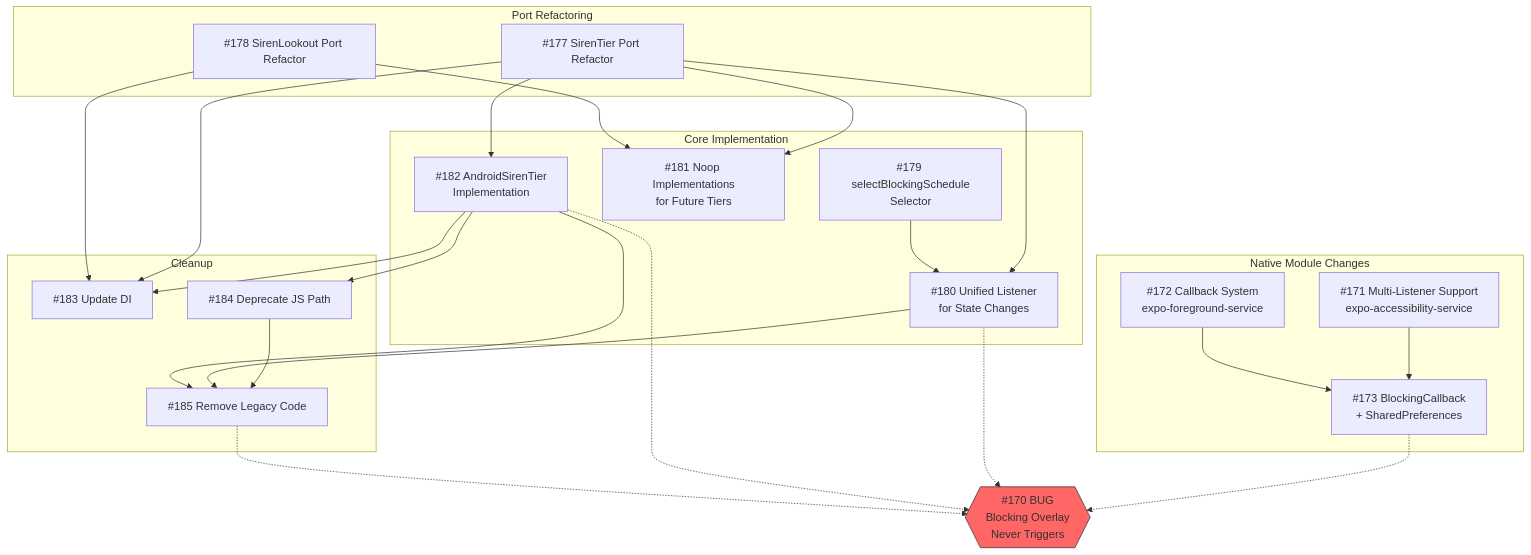
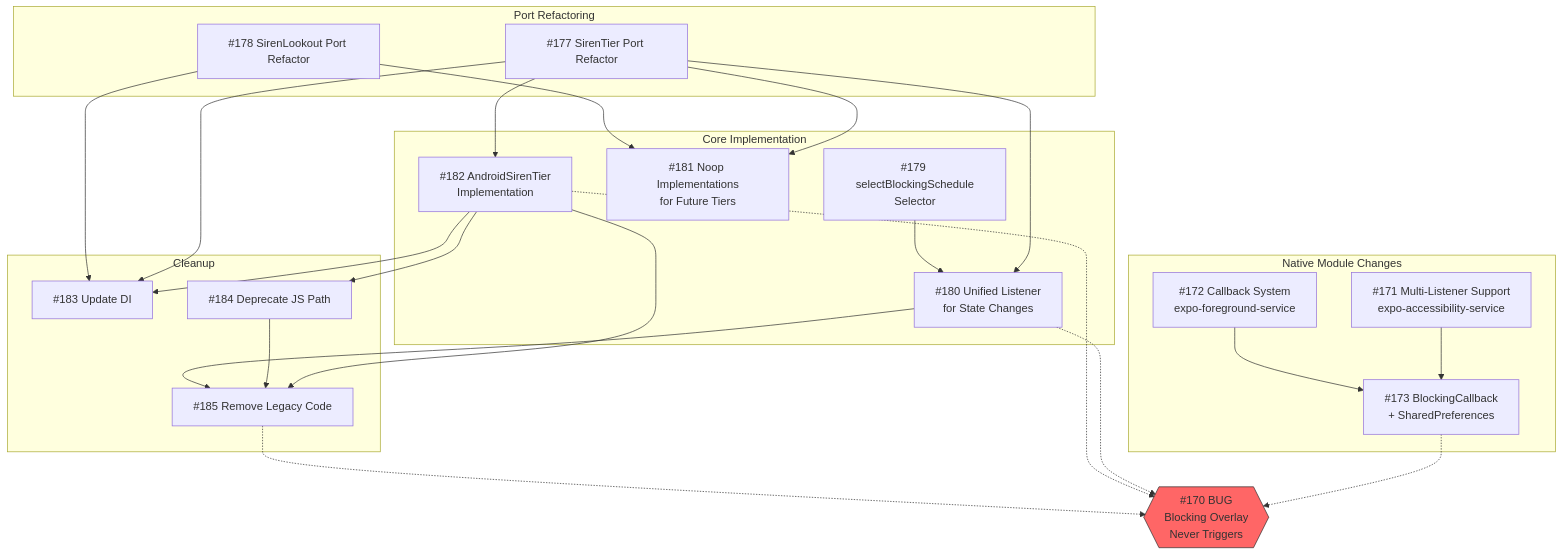
One commit to amehmeto/TiedSiren51 changed the second of 3 diagrams in docs/TICKET-DEPENDENCY-GRAPH.md. Above: the diagram before and after it, drawn with Mermaid. The commit also changed other lines of this file, not shown here.

First line of the commit message:
docs: sync dependency graph with all open tickets

````diff
--- a/docs/TICKET-DEPENDENCY-GRAPH.md
+++ b/docs/TICKET-DEPENDENCY-GRAPH.md
@@ -48,60 +110,60 @@
 ```mermaid
 flowchart TD
     subgraph "Native Module Changes"
         T171["#171 Multi-Listener Support<br/>expo-accessibility-service"]
         T172["#172 Callback System<br/>expo-foreground-service"]
         T173["#173 BlockingCallback<br/>+ SharedPreferences"]
     end
 
     subgraph "Port Refactoring"
         T177["#177 SirenTier Port Refactor"]
         T178["#178 SirenLookout Port Refactor"]
     end
 
     subgraph "Core Implementation"
         T179["#179 selectBlockingSchedule<br/>Selector"]
         T180["#180 Unified Listener<br/>for State Changes"]
         T181["#181 Noop Implementations<br/>for Future Tiers"]
         T182["#182 AndroidSirenTier<br/>Implementation"]
     end
 
     subgraph "Cleanup"
         T183["#183 Update DI"]
         T184["#184 Deprecate JS Path"]
         T185["#185 Remove Legacy Code"]
     end
 
     B170{{"#170 BUG<br/>Blocking Overlay<br/>Never Triggers"}}
 
     %% Native module dependencies
     T171 --> T173
     T172 --> T173
 
     %% Port dependencies
     T177 --> T180
     T177 --> T181
     T177 --> T182
+    T177 --> T183
     T178 --> T181
+    T178 --> T183
 
     %% Selector → Listener
     T179 --> T180
 
     %% Implementation dependencies
     T182 --> T183
-    T177 --> T183
-    T178 --> T183
+    T182 --> T184
+    T182 --> T185
 
     %% Cleanup chain
-    T182 --> T184
     T184 --> T185
     T180 --> T185
-    T182 --> T185
 
     %% All fixes contribute to bug resolution
     T173 -.-> B170
     T180 -.-> B170
     T182 -.-> B170
     T185 -.-> B170
 
     style B170 fill:#f66,stroke:#333
 ```
````
